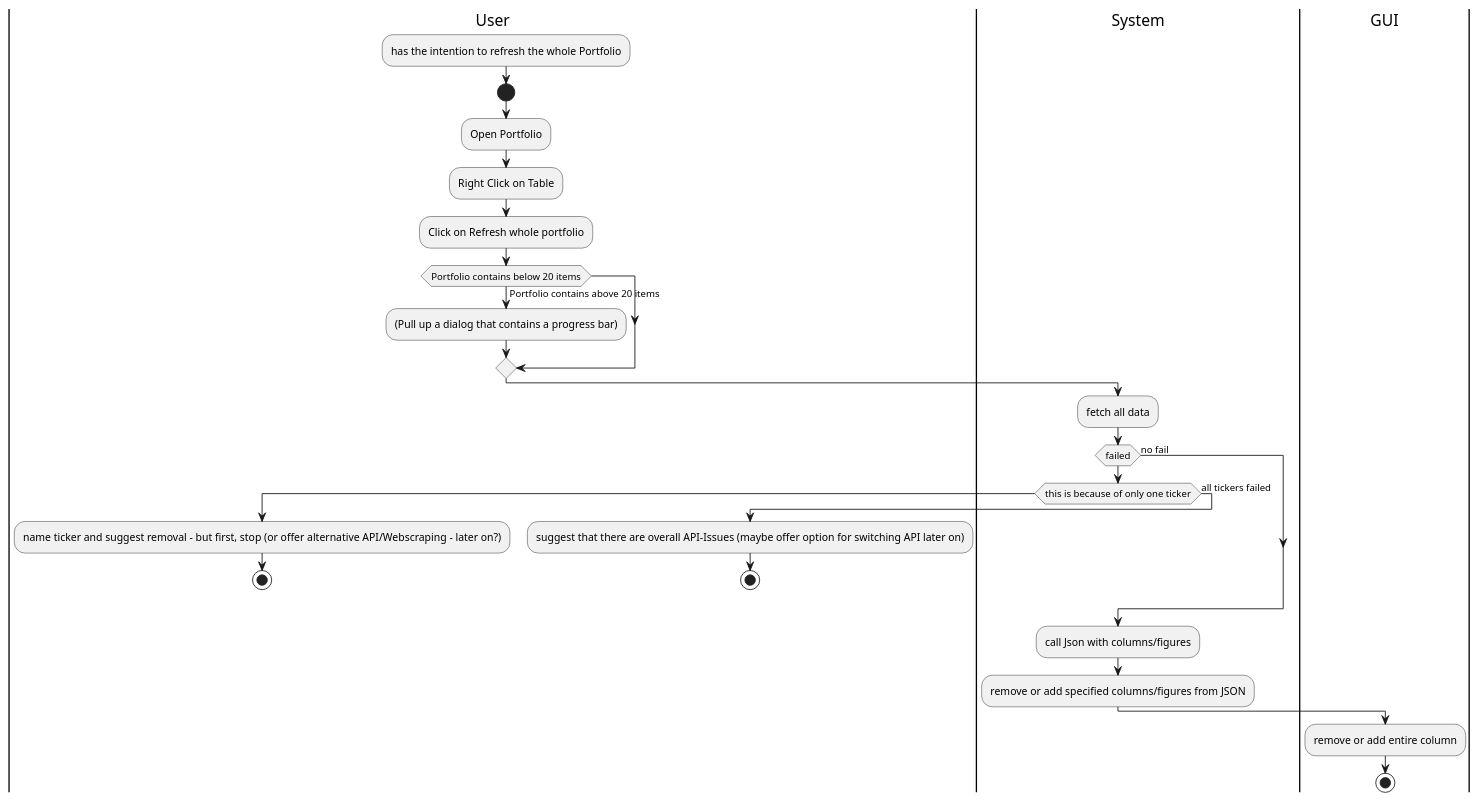
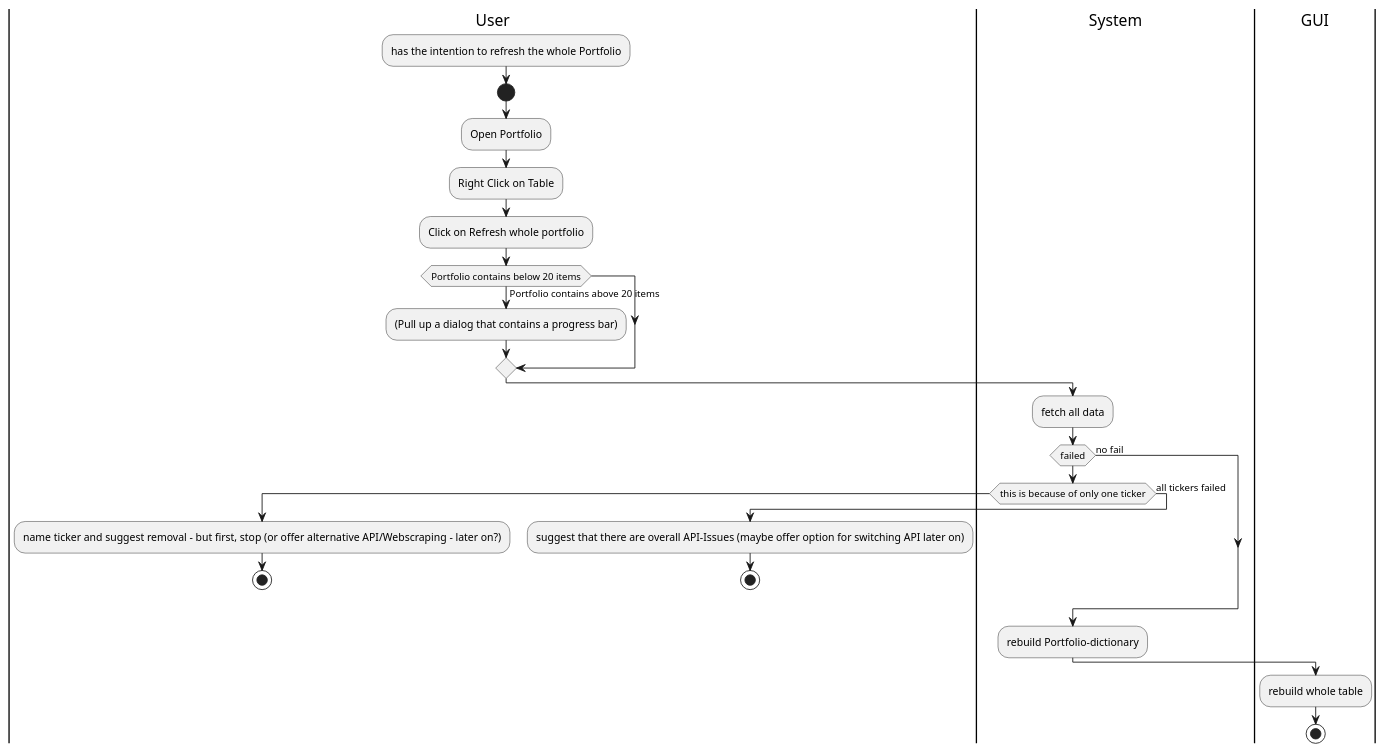
One commit to rama997project/Stats-Screening changed the diagram in Django_Project/UML/RefreshingPortfolio.puml. Above: the diagram before and after it, drawn with PlantUML. The commit also changed 3 other files, not shown here.

```diff
--- a/Django_Project/UML/RefreshingPortfolio.puml
+++ b/Django_Project/UML/RefreshingPortfolio.puml
@@ -1,36 +1,35 @@
 @startuml
 |User|
 :has the intention to refresh the whole Portfolio;
 start
 :Open Portfolio;
 :Right Click on Table;
 :Click on Refresh whole portfolio;
 if (Portfolio contains below 20 items)
 
 else (Portfolio contains above 20 items)
 :(Pull up a dialog that contains a progress bar);
 endif
 |System|
 :fetch all data;
 if (failed)
 if (this is because of only one ticker)
 |User|
 :name ticker and suggest removal - but first, stop (or offer alternative API/Webscraping - later on?);
 stop
 else (all tickers failed)
 |User|
 :suggest that there are overall API-Issues (maybe offer option for switching API later on);
 stop
 endif
 else (no fail)
 
 endif
 
 
 |System|
-:call Json with columns/figures;
-:remove or add specified columns/figures from JSON;
+:rebuild Portfolio-dictionary;
 |GUI|
-:remove or add entire column;
+:rebuild whole table;
 stop
 @enduml
```
